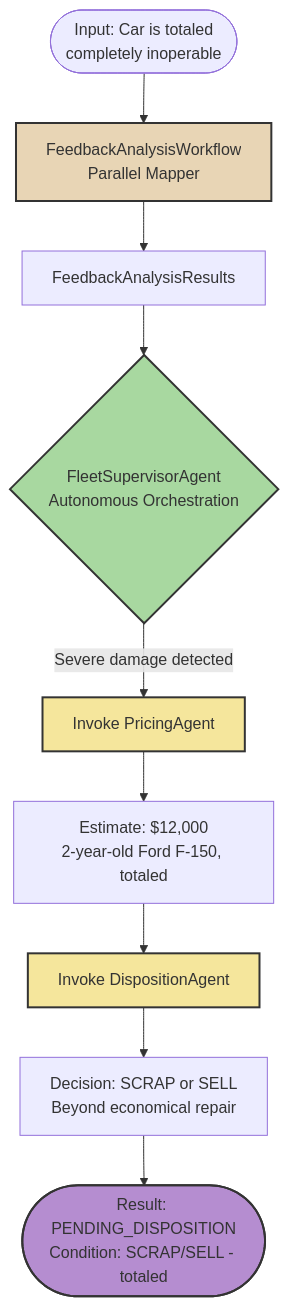
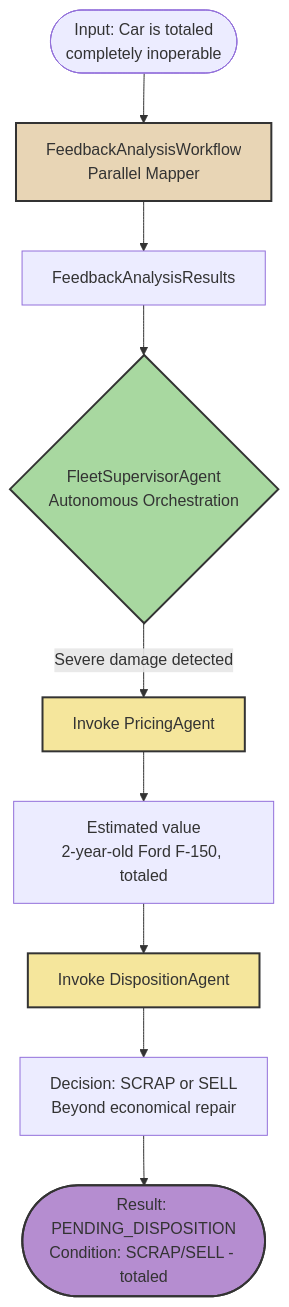
Before and after one commit to quarkusio/quarkus-workshop-langchain4j: the third of 5 diagrams in docs/docs/section-2/step-04.md, drawn with Mermaid. The commit also changed other lines of this file and 1 other file, not shown here.

Commit message:
Revise estimated values and feedback text in documentation for improved accuracy and clarity

````diff
--- a/docs/docs/section-2/step-04.md
+++ b/docs/docs/section-2/step-04.md
@@ -496,20 +496,20 @@
 ```mermaid
 flowchart TD
     Start(["Input: Car is totaled<br/>completely inoperable"])
 
     Start --> FW["FeedbackAnalysisWorkflow<br/>Parallel Mapper"]
     FW --> Results["FeedbackAnalysisResults"]
     Results --> FSA{"FleetSupervisorAgent<br/>Autonomous Orchestration"}
 
     FSA -->|"Severe damage detected"| PA["Invoke PricingAgent"]
-    PA --> PV["Estimate: $12,000<br/>2-year-old Ford F-150, totaled"]
+    PA --> PV["Estimated value<br/>2-year-old Ford F-150, totaled"]
     PV --> DA["Invoke DispositionAgent"]
     DA --> DD["Decision: SCRAP or SELL<br/>Beyond economical repair"]
     DD --> Result(["Result: PENDING_DISPOSITION<br/>Condition: SCRAP/SELL - totaled"])
 
     style FW fill:#e8d5b5,stroke:#333,stroke-width:2,color:#333
     style FSA fill:#a8d8a0,stroke:#333,stroke-width:2,color:#333
     style PA fill:#f5e69c,stroke:#333,stroke-width:2,color:#333
     style DA fill:#f5e69c,stroke:#333,stroke-width:2,color:#333
     style Result fill:#b58dd0,stroke:#333,stroke-width:2,color:#333
 ```
````
